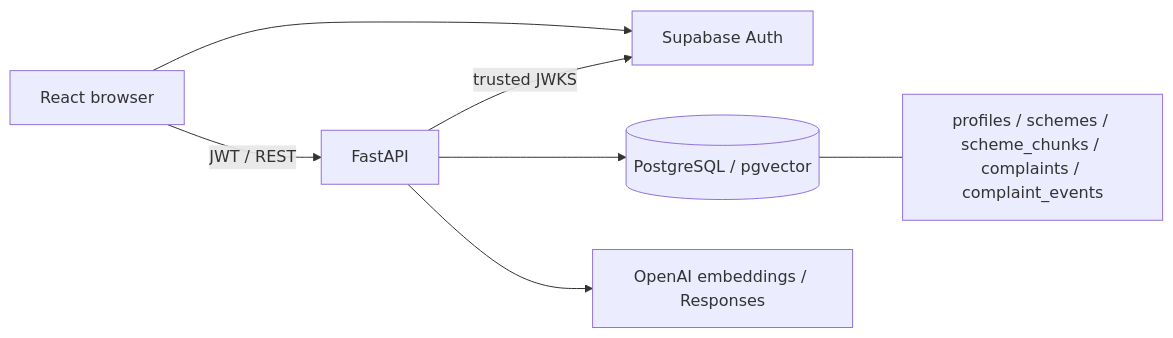
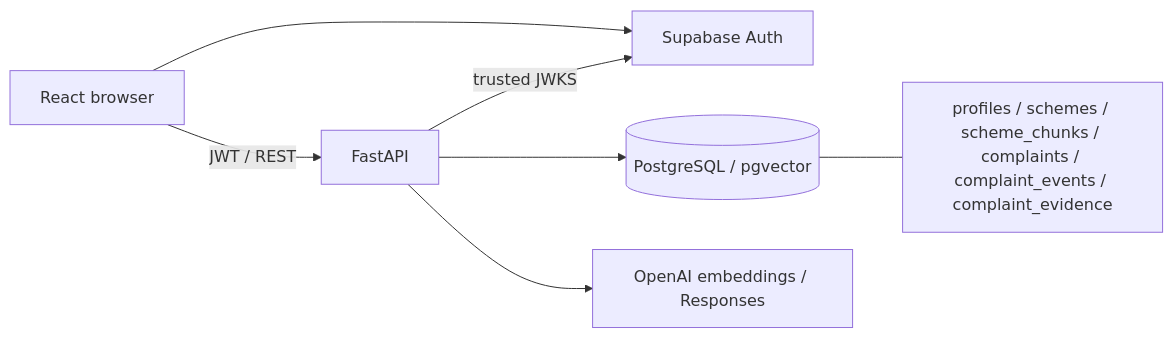
Before and after one commit to JanSevaAIHub/Jan_Seva: the diagram in README.md, drawn with Mermaid. The commit also changed other lines of this file and 41 other files, not shown here.

Commit message:
feat: add private complaint evidence and controlled demo workflows

````diff
--- a/README.md
+++ b/README.md
@@ -20,9 +22,9 @@
 ```mermaid
 flowchart LR
     React[React browser] --> Auth[Supabase Auth]
     React -->|JWT / REST| API[FastAPI]
     API -->|trusted JWKS| Auth
     API --> DB[(PostgreSQL / pgvector)]
     API --> Models[OpenAI embeddings / Responses]
-    DB --- Tables[profiles / schemes / scheme_chunks / complaints / complaint_events]
+    DB --- Tables[profiles / schemes / scheme_chunks / complaints / complaint_events / complaint_evidence]
 ```
````
